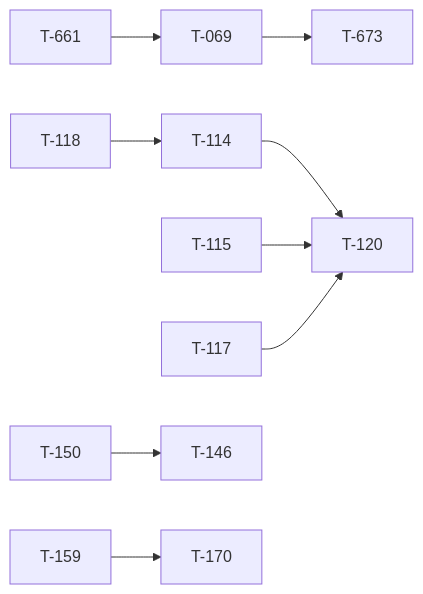
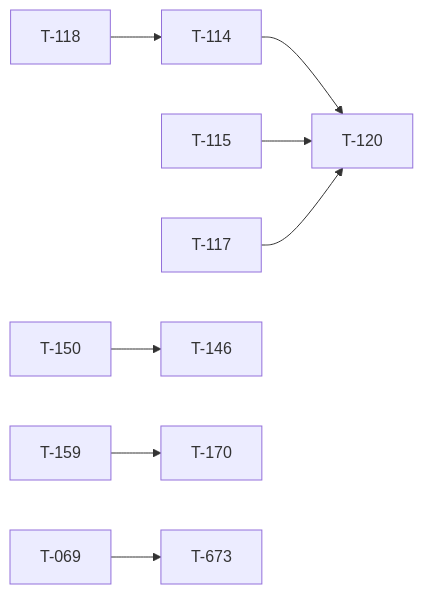
The diagram in docs/TICKET_LEAD.md (darkforce09/TBD-reforger), drawn with Mermaid before and after one commit. The commit also changed 1191 other files, not shown here.

````diff
--- a/docs/TICKET_LEAD.md
+++ b/docs/TICKET_LEAD.md
@@ -60,11 +60,10 @@
 ```mermaid
 flowchart LR
-  T661[T-661] --> T069[T-069]
   T118[T-118] --> T114[T-114]
   T114[T-114] --> T120[T-120]
   T115[T-115] --> T120[T-120]
   T117[T-117] --> T120[T-120]
   T150[T-150] --> T146[T-146]
   T159[T-159] --> T170[T-170]
   T069[T-069] --> T673[T-673]
 ```
````
